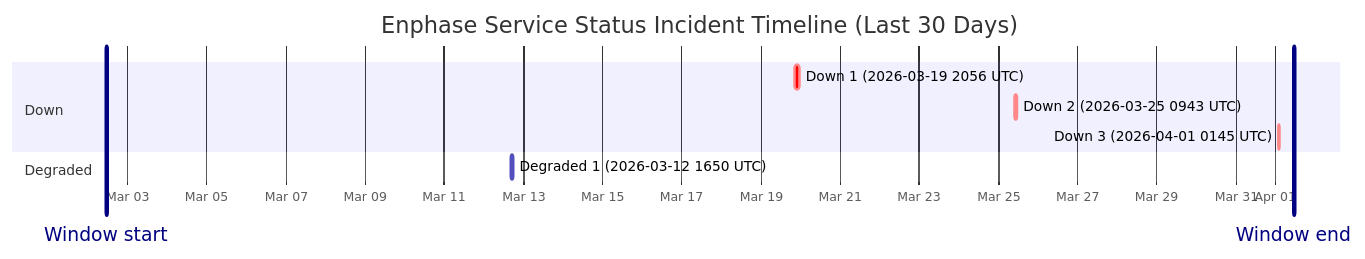
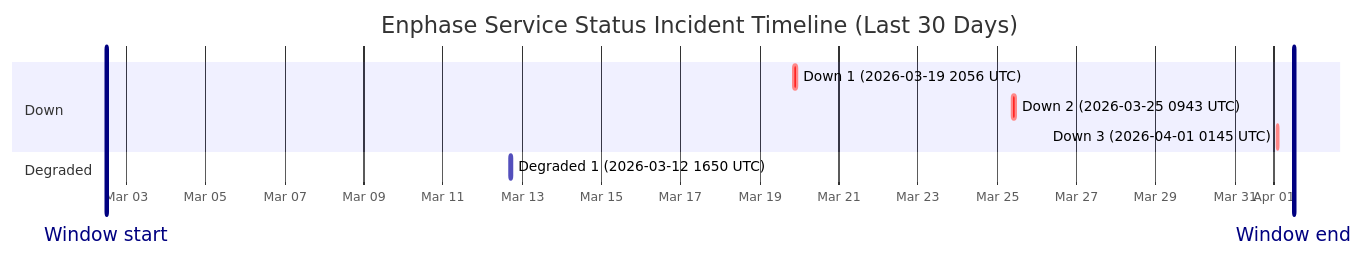
Before and after one commit to barneyonline/ha-enphase-ev-charger: the diagram in wiki/Service-Status-History.md, drawn with Mermaid. The commit also changed other lines of this file and 3 other files, not shown here.

````diff
--- a/wiki/Service-Status-History.md
+++ b/wiki/Service-Status-History.md
@@ -14,14 +14,14 @@
 ```mermaid
 gantt
     title Enphase Service Status Incident Timeline (Last 30 Days)
     dateFormat  YYYY-MM-DDTHH:mm:ss
     axisFormat  %b %d
-    Window start :vert, window-start, 2026-03-02T10:59:41, 0ms
-    Window end :vert, window-end, 2026-04-01T10:59:41, 0ms
+    Window start :vert, window-start, 2026-03-02T11:54:16, 0ms
+    Window end :vert, window-end, 2026-04-01T11:54:16, 0ms
     section Down
     Down 1 (2026-03-19 2056 UTC) :crit, down-1, 2026-03-19T20:56:20, 145m
     Down 2 (2026-03-25 0943 UTC) :crit, down-2, 2026-03-25T09:43:28, 111m
     Down 3 (2026-04-01 0145 UTC) :crit, down-3, 2026-04-01T01:45:09, 60m
     section Degraded
     Degraded 1 (2026-03-12 1650 UTC) :active, degraded-1, 2026-03-12T16:50:43, 60m
 ```
````
